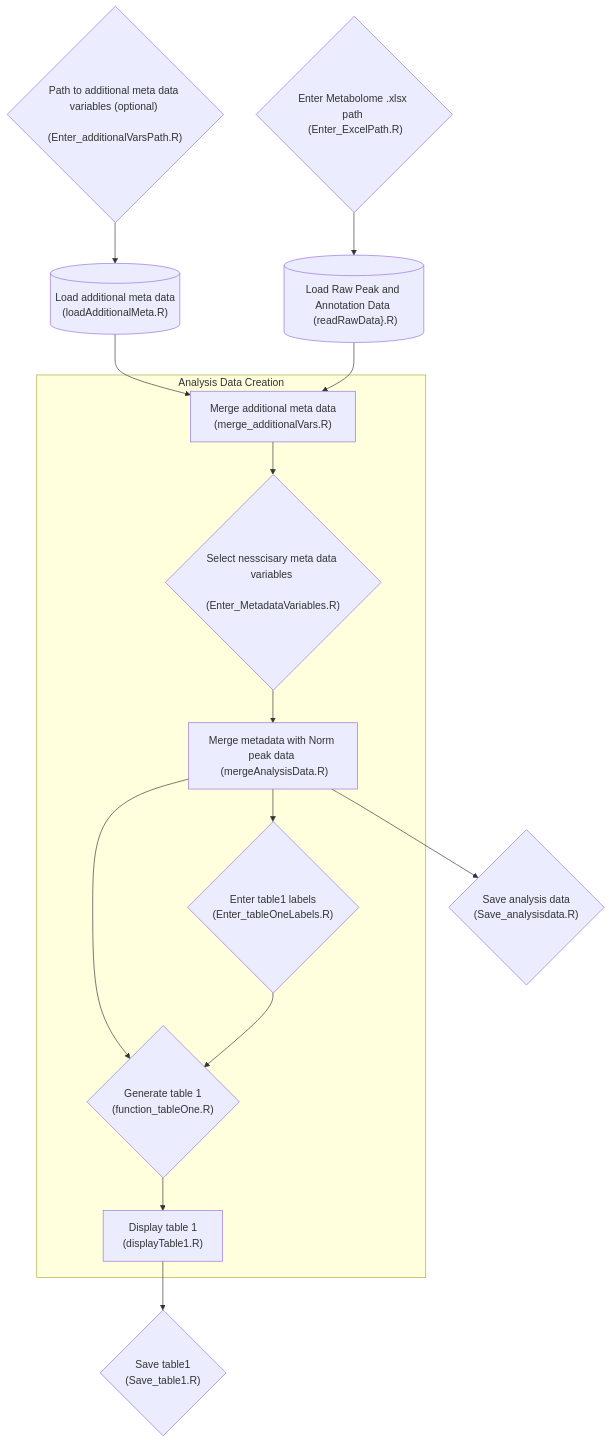
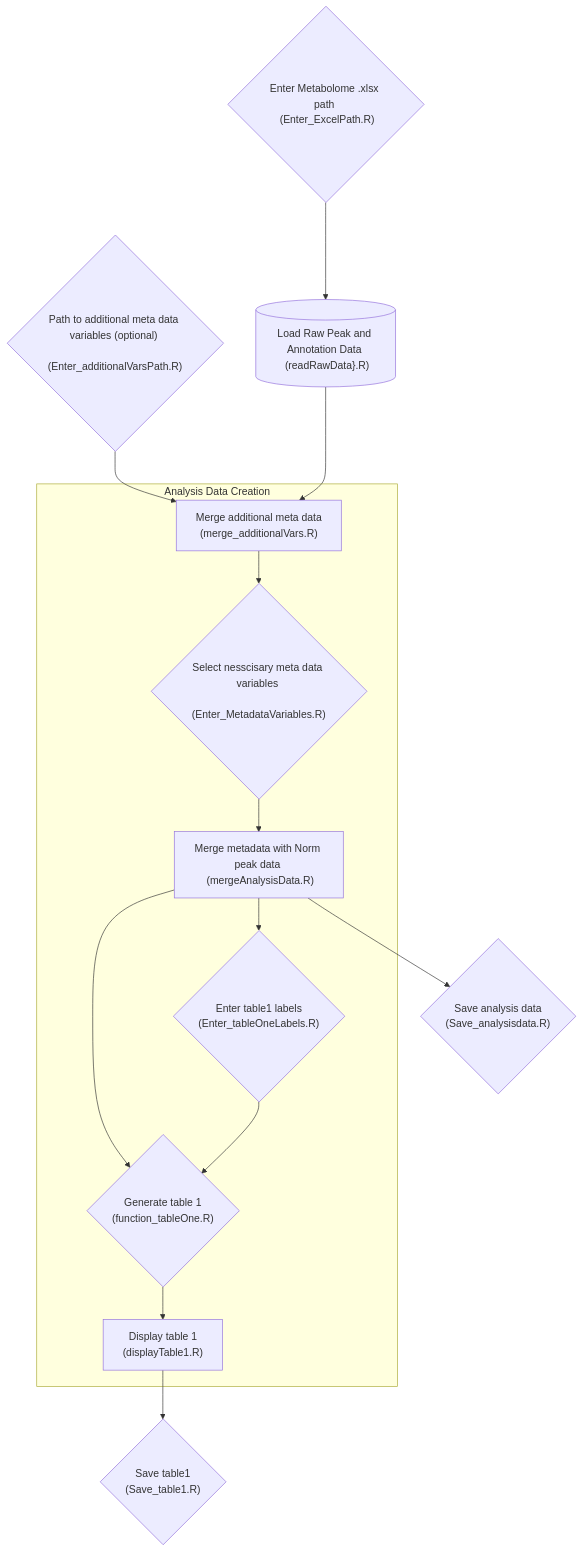
One commit to datalifecycle-ua/MetabolomicsPipeline changed the second of 11 diagrams in README.qmd. Above: the diagram before and after it, drawn with Mermaid. The commit also changed other lines of this file and 20 other files, not shown here.

````diff
--- a/README.qmd
+++ b/README.qmd
@@ -121,49 +121,46 @@
 ```{mermaid}
 
 
 flowchart TD
 
     %% enter all modules
     A{"Enter Metabolome .xlsx path <br> (Enter_ExcelPath.R)" }
     
     
     B[("Load Raw Peak and Annotation Data <br> (readRawData}.R)")]
 
     C{"Path to additional meta data variables (optional) <br> (Enter_additionalVarsPath.R)"}
-
-    L[("Load additional meta data <br> (loadAdditionalMeta.R)")]
 
     D["Merge additional meta data <br> (merge_additionalVars.R)"]
 
     E{"Select nesscisary meta data variables <br> (Enter_MetadataVariables.R)"}
 
     F["Merge metadata with Norm peak data <br> (mergeAnalysisData.R)"]
 
     G{"Enter table1 labels <br> (Enter_tableOneLabels.R)"}
 
     H{"Generate table 1 <br> (function_tableOne.R)"}
 
     I["Display table 1 <br> (displayTable1.R)"]
 
     J{"Save table1 <br> (Save_table1.R)"}
 
     K{"Save analysis data <br> (Save_analysisdata.R)"}
 
     %% Create relationships between modules
     A -->B
-    C --> L
-    L --> D
+    C --> D
     B --> D
     subgraph Analysis Data Creation
     
         E --> F
         F --> G
         F --> H
         D --> E
         G --> H
         H --> I
 
     end
     F --> K
     I --> J
 ```
````
